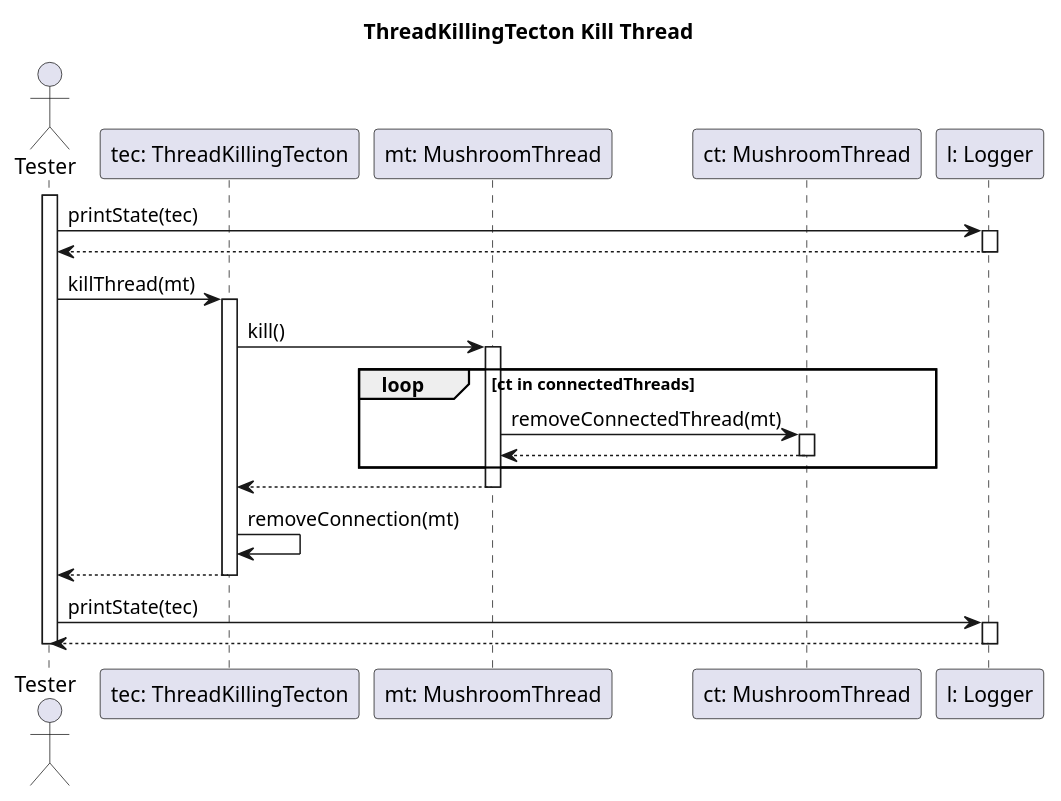
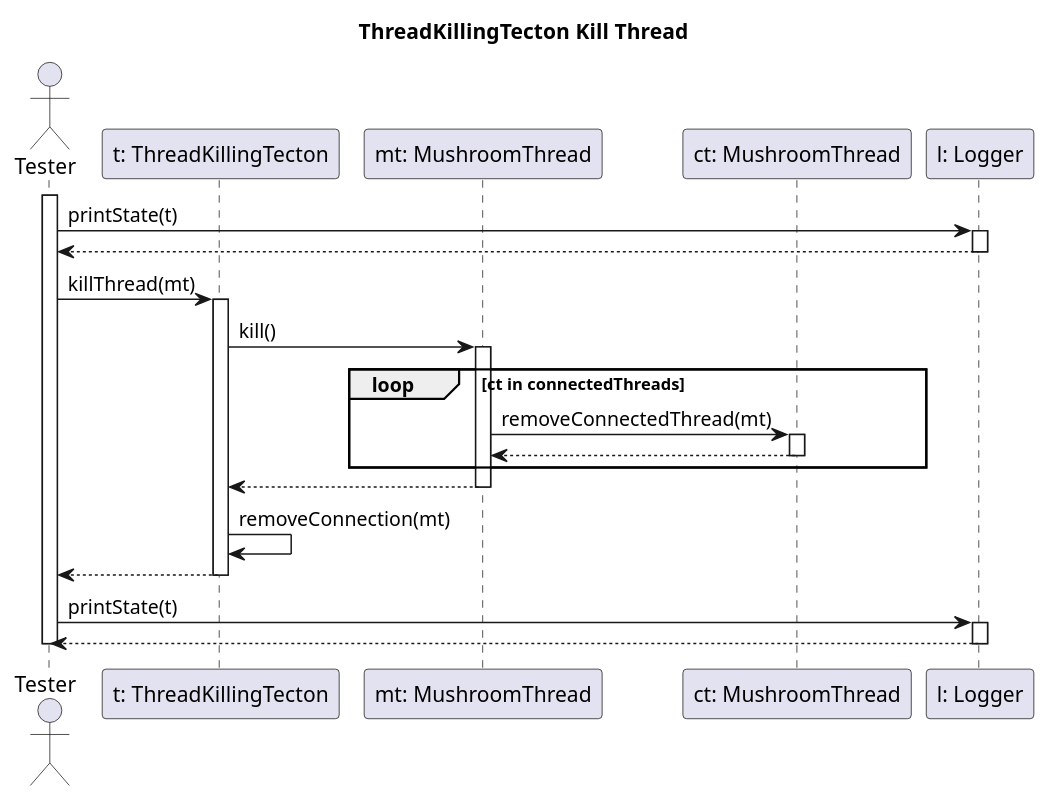
The diagram in diagrams/test-sequence/threadKillingTectonKillThread.puml (dzsem/projlab), drawn with PlantUML before and after one commit. The commit also changed 12 other files, not shown here.

```diff
--- a/diagrams/test-sequence/threadKillingTectonKillThread.puml
+++ b/diagrams/test-sequence/threadKillingTectonKillThread.puml
@@ -1,47 +1,47 @@
 @startuml threadKillingTectonKillThreadTest
 
 title ThreadKillingTecton Kill Thread
 
 actor "Tester" as tst
-participant "tec: ThreadKillingTecton" as tec
+participant "t: ThreadKillingTecton" as t
 participant "mt: MushroomThread" as mt
 participant "ct: MushroomThread" as ct
 participant "l: Logger" as l
 
 activate tst
 
-tst -> l: printState(tec)
+tst -> l: printState(t)
 activate l
 tst <-- l
 deactivate l
 
-tst -> tec: killThread(mt)
-activate tec
+tst -> t: killThread(mt)
+activate t
 
-tec -> mt: kill()
+t -> mt: kill()
 activate mt
 
 loop ct in connectedThreads
     mt -> ct: removeConnectedThread(mt)
     activate ct
 
     mt <-- ct
     deactivate ct
 end
 
-tec <-- mt
+t <-- mt
 deactivate mt
 
-tec -> tec: removeConnection(mt)
+t -> t: removeConnection(mt)
 
-tst <-- tec
-deactivate tec
+tst <-- t
+deactivate t
 
-tst -> l: printState(tec)
+tst -> l: printState(t)
 activate l
 tst <-- l
 deactivate l
 
 deactivate tst
 
 @enduml
```
